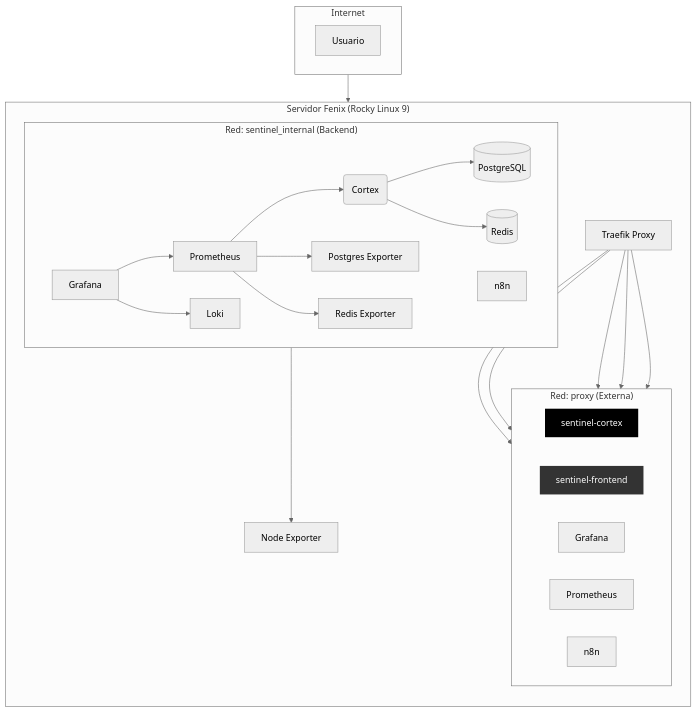
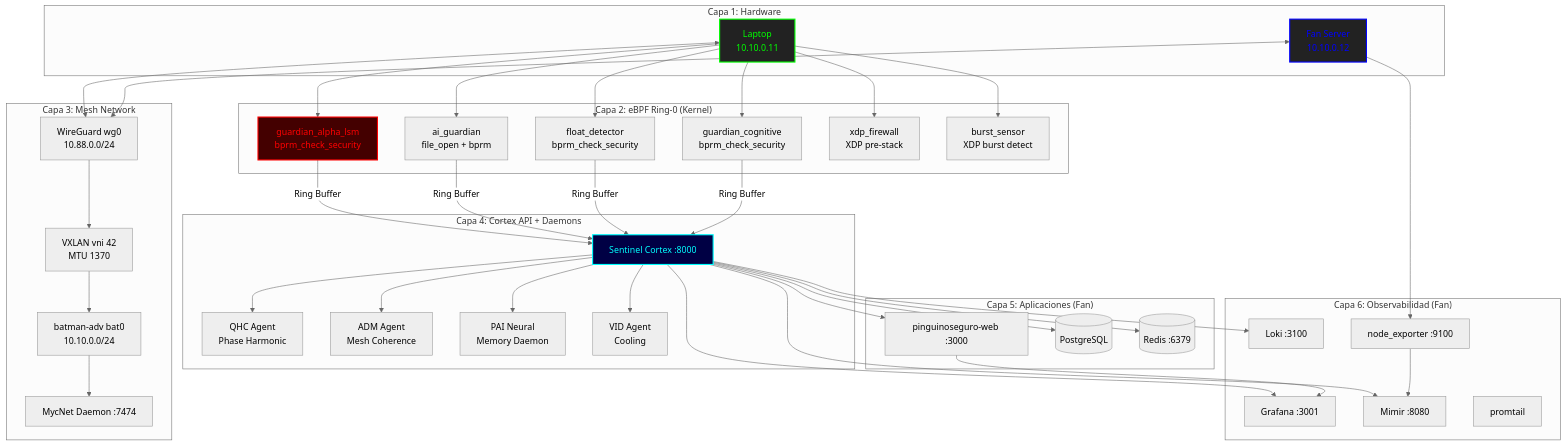
The diagram in docs/00_vision_y_arquitectura_global/ARCHITECTURE.md (jenovoas/sentinel), drawn with Mermaid (neutral theme) before and after one commit. The commit also changed other lines of this file and 173 other files, not shown here.

````diff
--- a/docs/00_vision_y_arquitectura_global/ARCHITECTURE.md
+++ b/docs/00_vision_y_arquitectura_global/ARCHITECTURE.md
@@ -16,57 +17,64 @@
 ```mermaid
-graph TD
-    subgraph "Internet"
-        direction LR
-        U[Usuario]
+graph TB
+    subgraph "Capa 6: Observabilidad (Fan)"
+        Graf[Grafana :3001]
+        Loki[Loki :3100]
+        Mimir[Mimir :8080]
+        Prom[promtail]
+        NE[node_exporter :9100]
     end
 
-    subgraph "Servidor Fenix (Rocky Linux 9)"
-        direction TB
-        T[Traefik Proxy]
-
-        subgraph "Red: proxy (Externa)"
-            direction LR
-            C[sentinel-cortex]
-            F[sentinel-frontend]
-            G[Grafana]
-            P[Prometheus]
-            N[n8n]
-        end
-
-        subgraph "Red: sentinel_internal (Backend)"
-            direction LR
-            C_int(Cortex)
-            DB[(PostgreSQL)]
-            Cache[(Redis)]
-            Loki[Loki]
-            Prom[Prometheus]
-            Graf[Grafana]
-            N8N_int[n8n]
-            PE[Postgres Exporter]
-            RE[Redis Exporter]
-        end
-
-        NE[Node Exporter]
-
-        U --> T
-        T --> F
-        T --> C
-        T --> G
-        T --> P
-        T --> N
-
-        C_int --> DB
-        C_int --> Cache
-
-        Prom --> NE
-        Prom --> PE
-        Prom --> RE
-        Prom --> C_int
-
-        Graf --> Prom
-        Graf --> Loki
+    subgraph "Capa 5: Aplicaciones (Fan)"
+        PW[pinguinoseguro-web :3000]
+        PG[(PostgreSQL)]
+        RD[(Redis :6379)]
     end
 
-    style C fill:#000000,stroke:#FFF,stroke-width:2px,color:#FFF
-    style F fill:#333,stroke:#FFF,stroke-width:2px,color:#FFF
+    subgraph "Capa 4: Cortex API + Daemons"
+        CX[Sentinel Cortex :8000]
+        QHC[QHC Agent<br/>Phase Harmonic]
+        ADM[ADM Agent<br/>Mesh Coherence]
+        PAI[PAI Neural<br/>Memory Daemon]
+        VID[VID Agent<br/>Cooling]
+    end
+
+    subgraph "Capa 3: Mesh Network"
+        WG[WireGuard wg0<br/>10.88.0.0/24]
+        VX[VXLAN vni 42<br/>MTU 1370]
+        BA[batman-adv bat0<br/>10.10.0.0/24]
+        MY[MycNet Daemon :7474]
+    end
+
+    subgraph "Capa 2: eBPF Ring-0 (Kernel)"
+        GA[guardian_alpha_lsm<br/>bprm_check_security]
+        AG[ai_guardian<br/>file_open + bprm]
+        FD[float_detector<br/>bprm_check_security]
+        GC[guardian_cognitive<br/>bprm_check_security]
+        XF[xdp_firewall<br/>XDP pre-stack]
+        BS[burst_sensor<br/>XDP burst detect]
+    end
+
+    subgraph "Capa 1: Hardware"
+        LAP[Laptop<br/>10.10.0.11]
+        FAN[Fan Server<br/>10.10.0.12]
+    end
+
+    LAP <--> WG
+    FAN <--> WG
+    WG --> VX --> BA
+    BA --> MY
+    LAP --> GA & AG & FD & GC & XF & BS
+    GA & AG & FD & GC --> |Ring Buffer| CX
+    CX --> QHC & ADM & PAI & VID
+    CX --> PW
+    CX --> PG & RD
+    CX --> Graf & Loki & Mimir
+    FAN --> NE
+    NE --> Mimir
+    PW --> Graf
+
+    style LAP fill:#222,stroke:#0f0,stroke-width:2px,color:#0f0
+    style FAN fill:#222,stroke:#00f,stroke-width:2px,color:#00f
+    style GA fill:#400,stroke:#f00,stroke-width:2px,color:#f00
+    style CX fill:#004,stroke:#0ff,stroke-width:2px,color:#0ff
 ```
````
